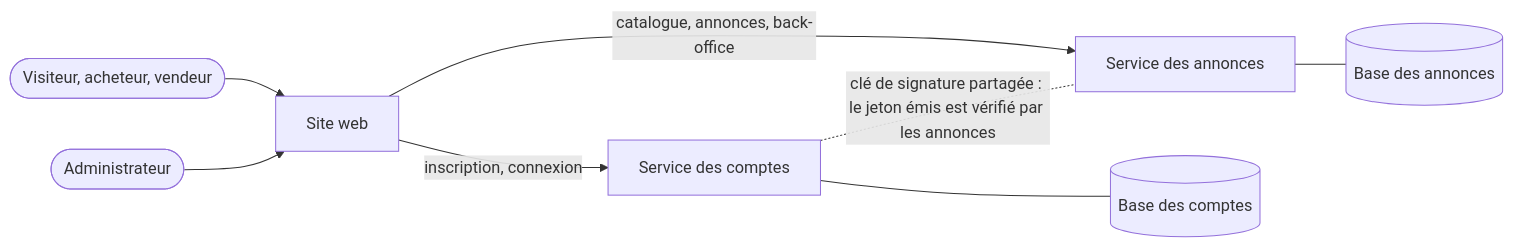
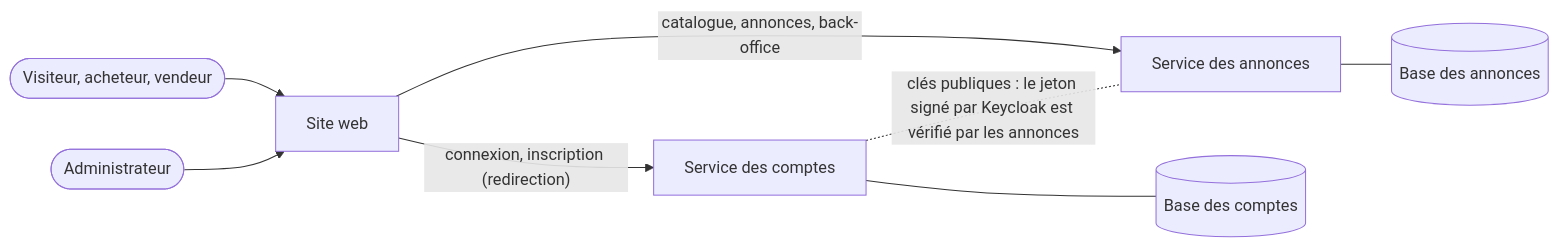
Before and after one commit to WALAAHAJJ/collector-indiv: the first of 7 diagrams in docs/architecture.md, drawn with Mermaid. The commit also changed other lines of this file and 5 other files, not shown here.

Commit message:
docs: authentification par Keycloak (README, sécurité, architecture, outils, tests)

````diff
--- a/docs/architecture.md
+++ b/docs/architecture.md
@@ -7,18 +7,18 @@
 ```mermaid
 flowchart LR
     visiteur(["Visiteur, acheteur, vendeur"])
     admin(["Administrateur"])
     site["Site web"]
     comptes["Service des comptes"]
     annonces["Service des annonces"]
     bdc[("Base des comptes")]
     bda[("Base des annonces")]
 
     visiteur --> site
     admin --> site
-    site -->|"inscription, connexion"| comptes
+    site -->|"connexion, inscription (redirection)"| comptes
     site -->|"catalogue, annonces, back-office"| annonces
     comptes --- bdc
     annonces --- bda
-    comptes -. "clé de signature partagée : le jeton émis est vérifié par les annonces" .- annonces
+    comptes -. "clés publiques : le jeton signé par Keycloak est vérifié par les annonces" .- annonces
 ```
````
